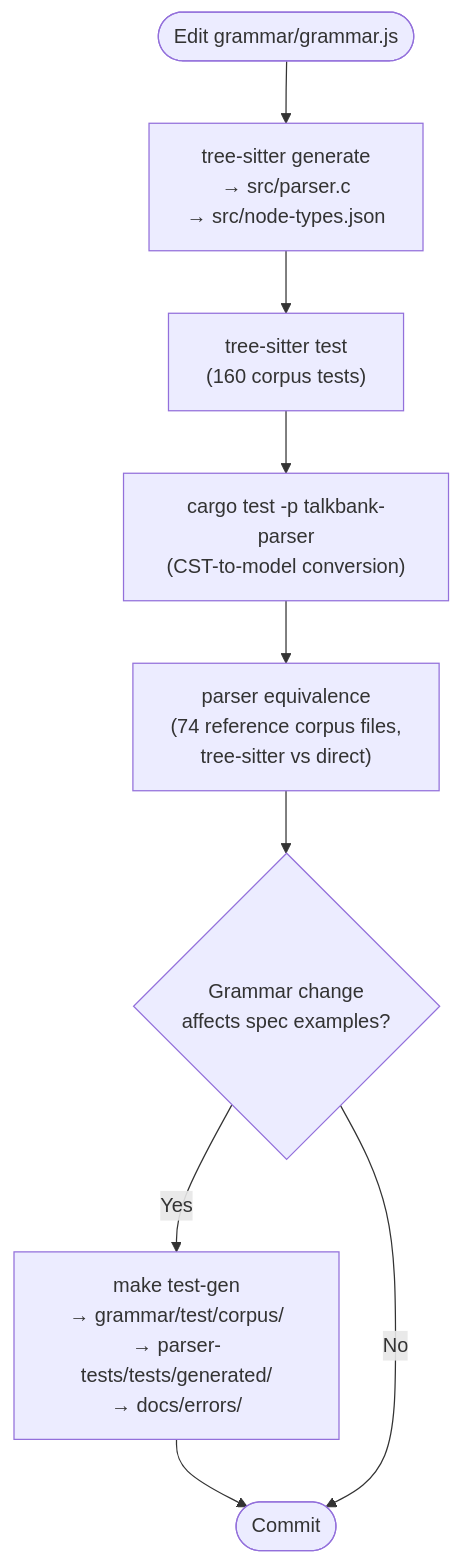
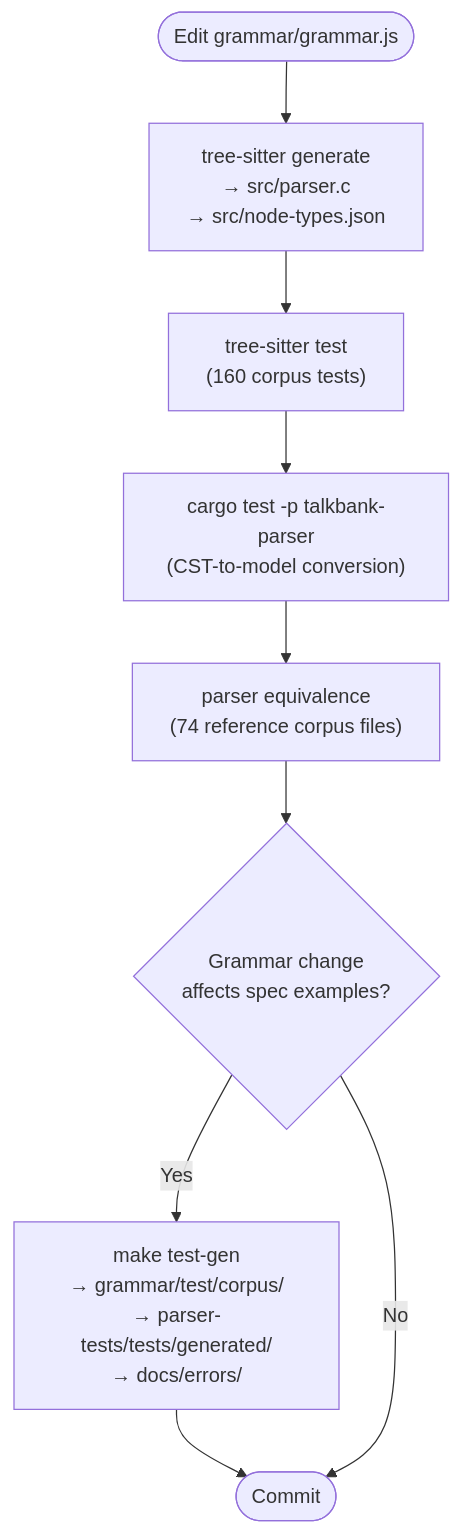
One commit to TalkBank/talkbank-tools changed the diagram in book/src/contributing/grammar-workflow.md. Above: the diagram before and after it, drawn with Mermaid. The commit also changed other lines of this file and 417 other files, not shown here.

First line of the commit message:
refactor!: TreeSitterParser API, retrace model, grammar fixes, lint investigation

````diff
--- a/book/src/contributing/grammar-workflow.md
+++ b/book/src/contributing/grammar-workflow.md
@@ -8,15 +11,15 @@
 ```mermaid
 flowchart TD
     edit(["Edit grammar/grammar.js"])
     generate["tree-sitter generate\n→ src/parser.c\n→ src/node-types.json"]
     grammar_test["tree-sitter test\n(160 corpus tests)"]
     rust_test["cargo test -p talkbank-parser\n(CST-to-model conversion)"]
-    equiv["parser equivalence\n(74 reference corpus files,\ntree-sitter vs direct)"]
+    equiv["parser equivalence\n(74 reference corpus files)"]
     spec_check{"Grammar change\naffects spec examples?"}
     test_gen["make test-gen\n→ grammar/test/corpus/\n→ parser-tests/tests/generated/\n→ docs/errors/"]
     commit(["Commit"])
 
     edit --> generate --> grammar_test --> rust_test --> equiv --> spec_check
     spec_check -->|Yes| test_gen --> commit
     spec_check -->|No| commit
 ```
````
